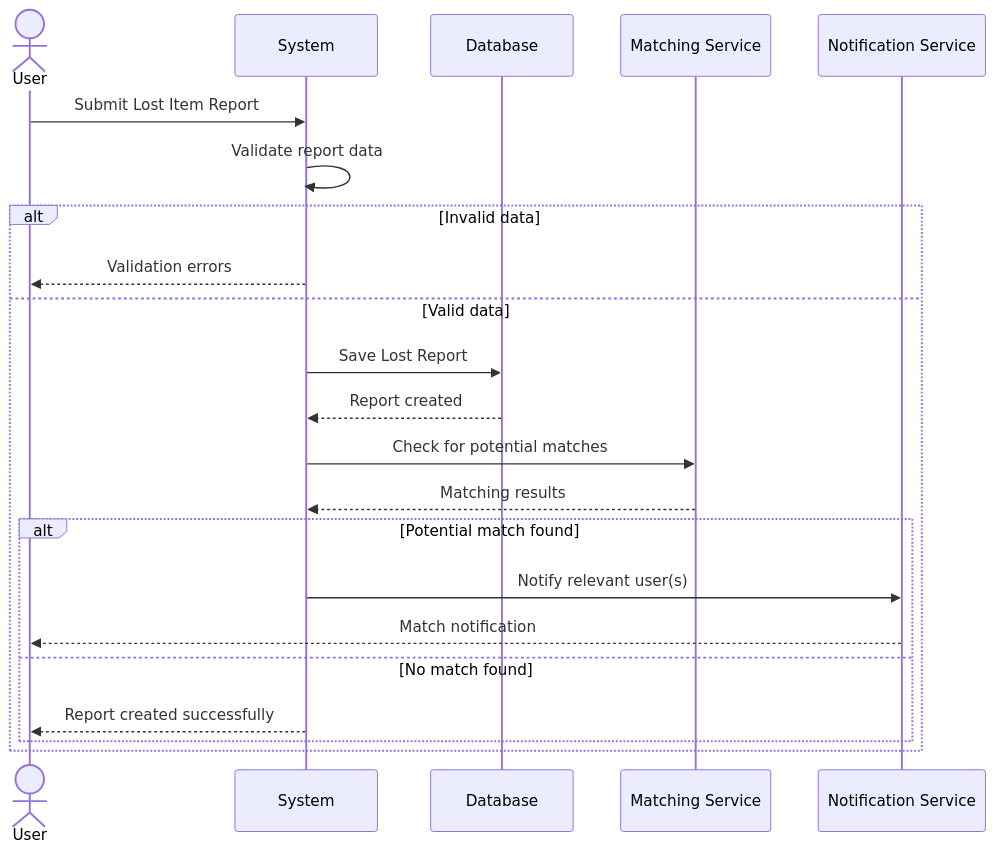
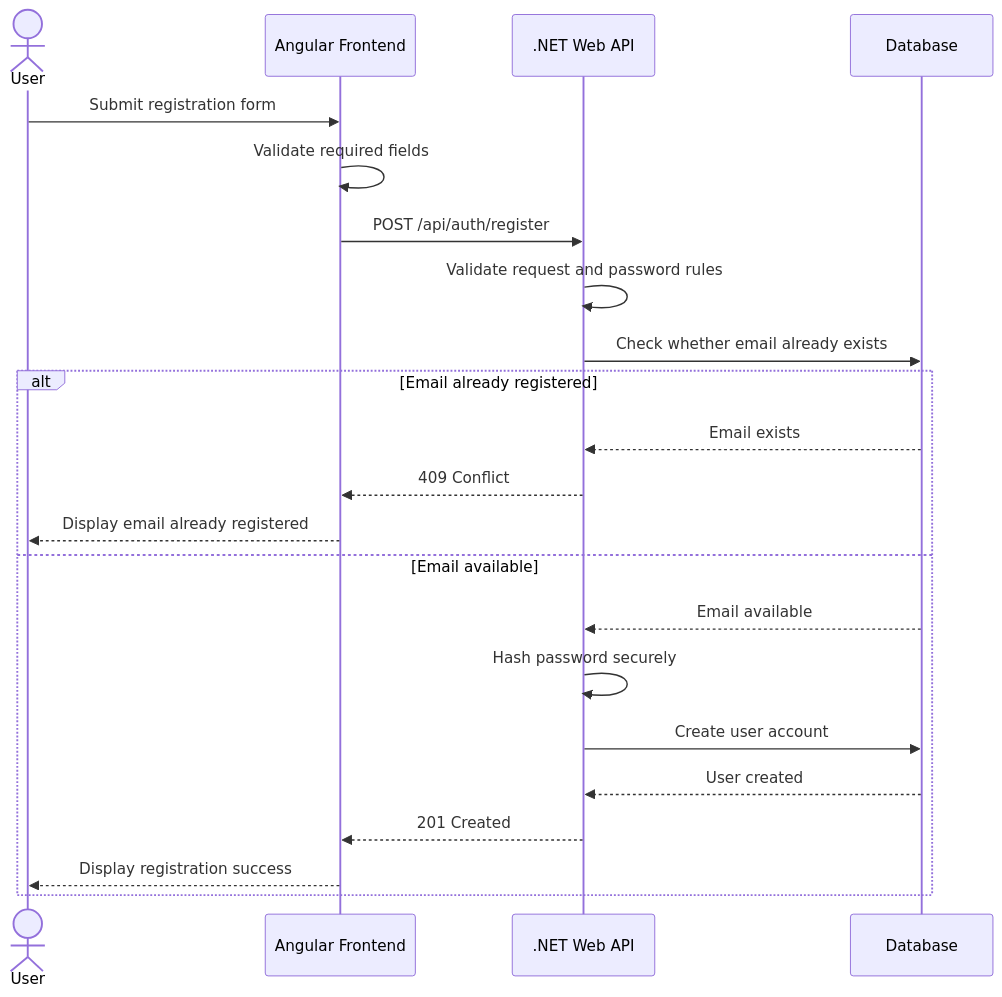
Before and after one commit to RahmaAmeen0/lost-and-found-platform: the first of 8 diagrams in docs/sequence-diagrams.md, drawn with Mermaid. The commit also changed other lines of this file, not shown here.

````diff
--- a/docs/sequence-diagrams.md
+++ b/docs/sequence-diagrams.md
@@ -47,29 +11,26 @@
 ```mermaid
 sequenceDiagram
     actor User
-    participant System
-    participant Database
-    participant Matching as Matching Service
-    participant Notification as Notification Service
+    participant Frontend as Angular Frontend
+    participant API as .NET Web API
+    participant DB as Database
 
-    User->>System: Submit Lost Item Report
+    User->>Frontend: Submit registration form
+    Frontend->>Frontend: Validate required fields
+    Frontend->>API: POST /api/auth/register
+    API->>API: Validate request and password rules
+    API->>DB: Check whether email already exists
 
-    System->>System: Validate report data
-
-    alt Invalid data
-        System-->>User: Validation errors
-    else Valid data
-        System->>Database: Save Lost Report
-        Database-->>System: Report created
-
-        System->>Matching: Check for potential matches
-        Matching-->>System: Matching results
-
-        alt Potential match found
-            System->>Notification: Notify relevant user(s)
-            Notification-->>User: Match notification
-        else No match found
-            System-->>User: Report created successfully
-        end
+    alt Email already registered
+        DB-->>API: Email exists
+        API-->>Frontend: 409 Conflict
+        Frontend-->>User: Display email already registered
+    else Email available
+        DB-->>API: Email available
+        API->>API: Hash password securely
+        API->>DB: Create user account
+        DB-->>API: User created
+        API-->>Frontend: 201 Created
+        Frontend-->>User: Display registration success
     end
 ```
````
